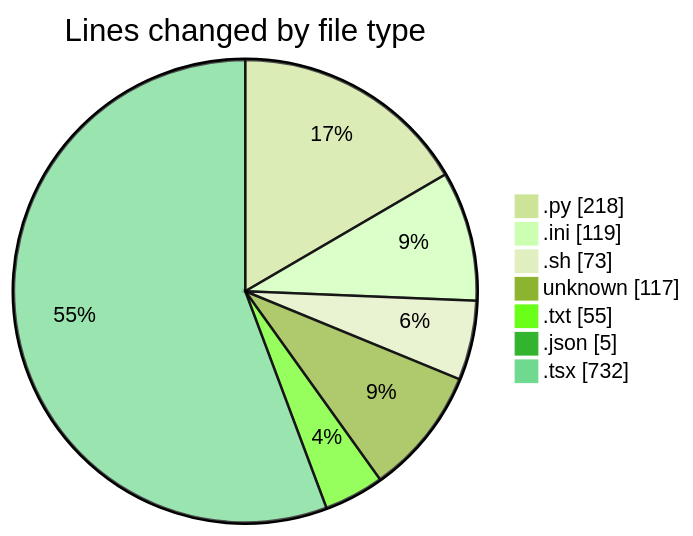
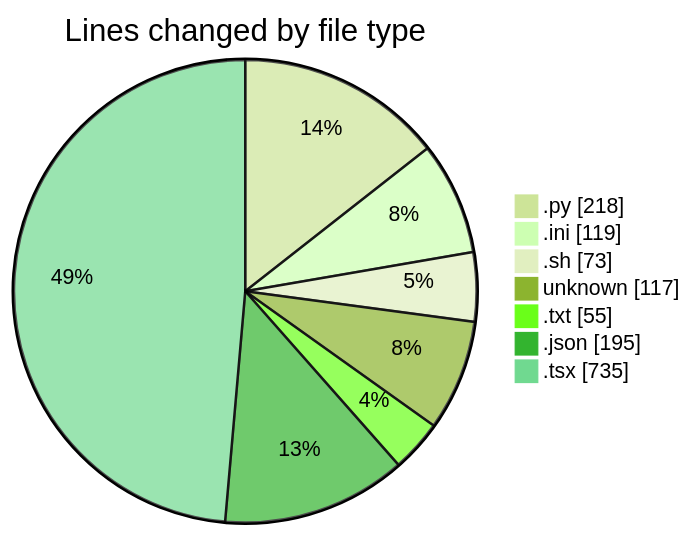
One commit to Elitesun/code-tracking changed the first of 2 diagrams in 2025-05-12/niten/README.md. Above: the diagram before and after it, drawn with Mermaid (forest theme). The commit also changed other lines of this file and 1 other file, not shown here.

````diff
--- a/2025-05-12/niten/README.md
+++ b/2025-05-12/niten/README.md
@@ -30,11 +32,11 @@
 ```mermaid
 pie showData
 title Lines changed by file type
 ".py" : 218
 ".ini" : 119
 ".sh" : 73
 "unknown" : 117
 ".txt" : 55
-".json" : 5
-".tsx" : 732
+".json" : 195
+".tsx" : 735
 ```
````
